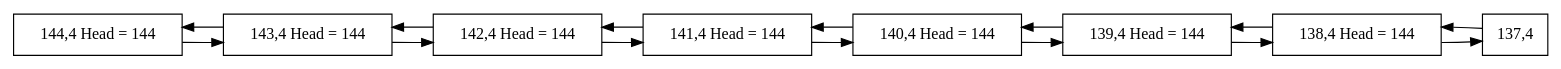
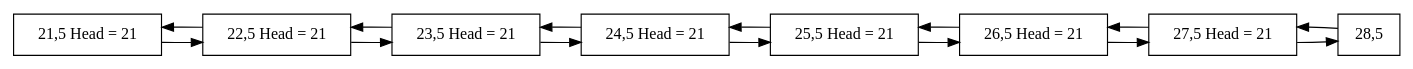
The diagram in SnakeReport.dot (olgt/EDD_1S2019_P1_201612341), drawn with Graphviz before and after one commit. The commit also changed 11 other files, not shown here.

```diff
--- a/SnakeReport.dot
+++ b/SnakeReport.dot
@@ -1,26 +1,26 @@
 digraph firstGraph{
 node [shape = record];
 rankdir=LR;
-node0 [label=" 144,4 Head = 144 "];
+node0 [label=" 21,5 Head = 21 "];
 node0 -> node1;
 node1 -> node0;
-node1 [label=" 143,4 Head = 144 "];
+node1 [label=" 22,5 Head = 21 "];
 node1 -> node2;
 node2 -> node1;
-node2 [label=" 142,4 Head = 144 "];
+node2 [label=" 23,5 Head = 21 "];
 node2 -> node3;
 node3 -> node2;
-node3 [label=" 141,4 Head = 144 "];
+node3 [label=" 24,5 Head = 21 "];
 node3 -> node4;
 node4 -> node3;
-node4 [label=" 140,4 Head = 144 "];
+node4 [label=" 25,5 Head = 21 "];
 node4 -> node5;
 node5 -> node4;
-node5 [label=" 139,4 Head = 144 "];
+node5 [label=" 26,5 Head = 21 "];
 node5 -> node6;
 node6 -> node5;
-node6 [label=" 138,4 Head = 144 "];
+node6 [label=" 27,5 Head = 21 "];
 node6 -> node7;
 node7 -> node6;
-node7 [label=" 137,4 "];
+node7 [label=" 28,5 "];
 }
```
